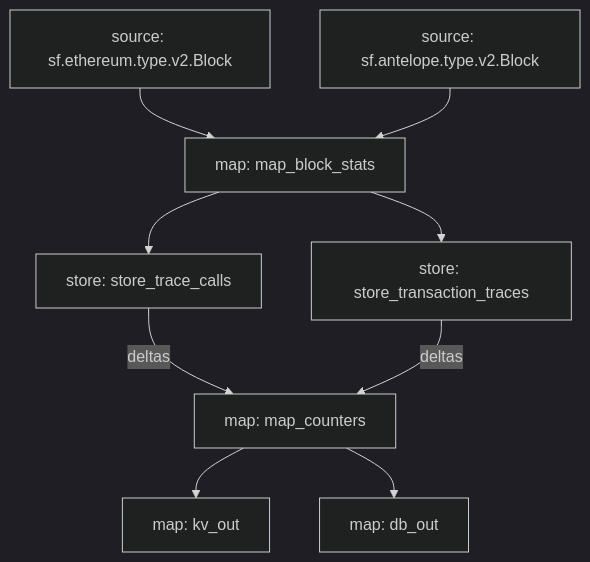
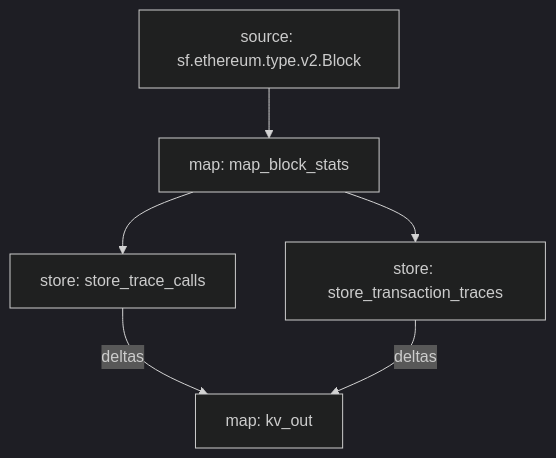
The diagram in README.md (pinax-network/subtivity-substreams), drawn with Mermaid (dark theme) before and after one commit. The commit also changed other lines of this file and 12 other files, not shown here.

Commit message:
Simplify, remove map_counters

````diff
--- a/README.md
+++ b/README.md
@@ -28,17 +28,12 @@
 ```mermaid
 graph TD;
   map_block_stats[map: map_block_stats]
   sf.ethereum.type.v2.Block[source: sf.ethereum.type.v2.Block] --> map_block_stats
-  sf.antelope.type.v2.Block[source: sf.antelope.type.v2.Block] --> map_block_stats
   store_transaction_traces[store: store_transaction_traces]
   map_block_stats --> store_transaction_traces
   store_trace_calls[store: store_trace_calls]
   map_block_stats --> store_trace_calls
-  map_counters[map: map_counters]
-  store_trace_calls -- deltas --> map_counters
-  store_transaction_traces -- deltas --> map_counters
   kv_out[map: kv_out]
-  map_counters --> kv_out
-  db_out[map: db_out]
-  map_counters --> db_out
+  store_trace_calls -- deltas --> kv_out
+  store_transaction_traces -- deltas --> kv_out
 ```
````
